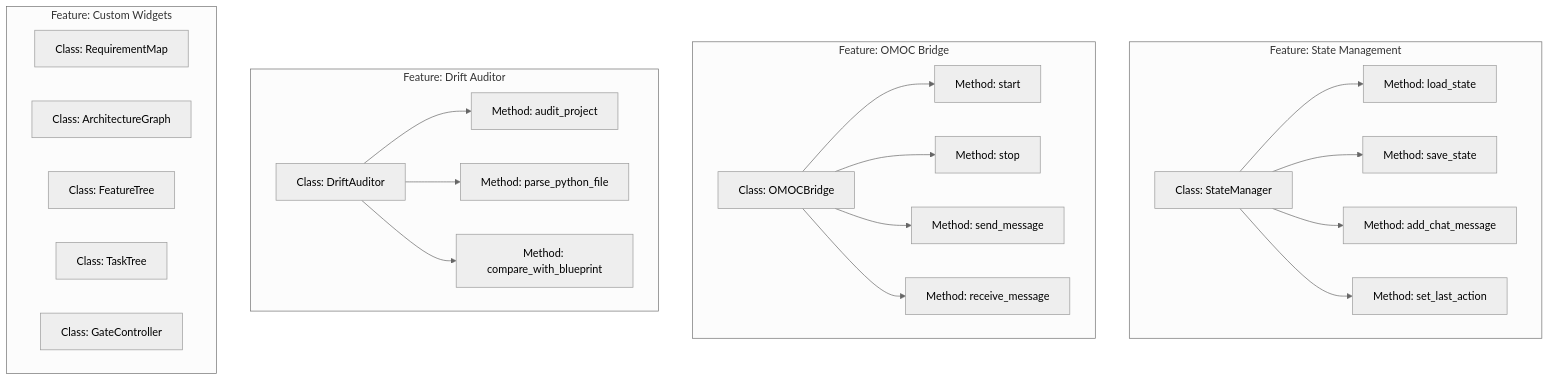
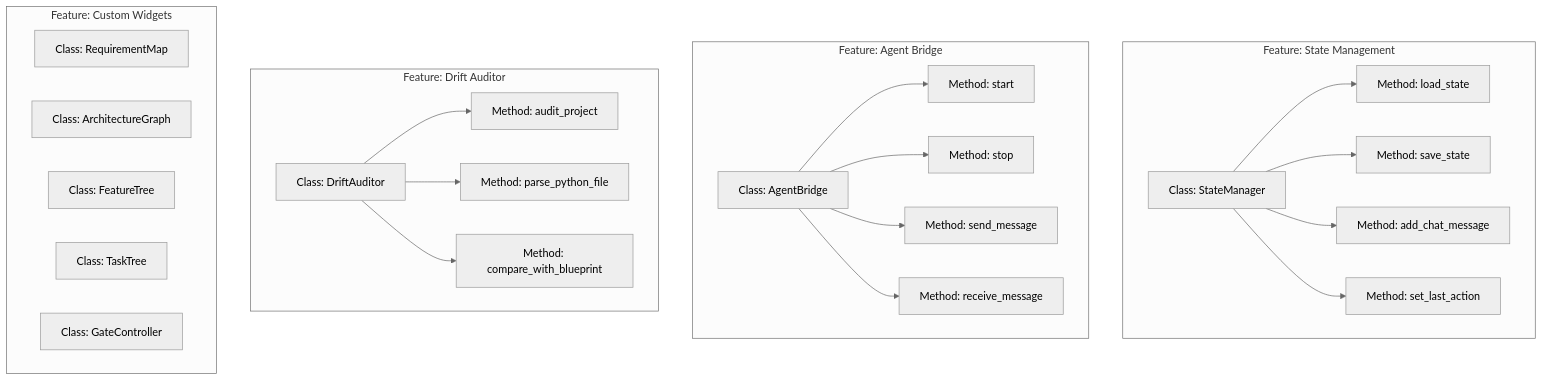
The second of 11 diagrams in docs/project-manifest/visualization.md (wp-sbwon/manifest), drawn with Mermaid (neutral theme) before and after one commit. The commit also changed other lines of this file and 49 other files, not shown here.

````diff
--- a/docs/project-manifest/visualization.md
+++ b/docs/project-manifest/visualization.md
@@ -54,33 +54,33 @@
 ```mermaid
 graph TD
     subgraph Feature1["Feature: State Management"]
         C1[Class: StateManager]
         C1 --> M1[Method: load_state]
         C1 --> M2[Method: save_state]
         C1 --> M3[Method: add_chat_message]
         C1 --> M4[Method: set_last_action]
     end
     
-    subgraph Feature2["Feature: OMOC Bridge"]
-        C2[Class: OMOCBridge]
+    subgraph Feature2["Feature: Agent Bridge"]
+        C2[Class: AgentBridge]
         C2 --> M5[Method: start]
         C2 --> M6[Method: stop]
         C2 --> M7[Method: send_message]
         C2 --> M8[Method: receive_message]
     end
     
     subgraph Feature3["Feature: Drift Auditor"]
         C3[Class: DriftAuditor]
         C3 --> M9[Method: audit_project]
         C3 --> M10[Method: parse_python_file]
         C3 --> M11[Method: compare_with_blueprint]
     end
     
     subgraph Feature4["Feature: Custom Widgets"]
         C4[Class: RequirementMap]
         C5[Class: ArchitectureGraph]
         C6[Class: FeatureTree]
         C7[Class: TaskTree]
         C8[Class: GateController]
     end
 ```
````
